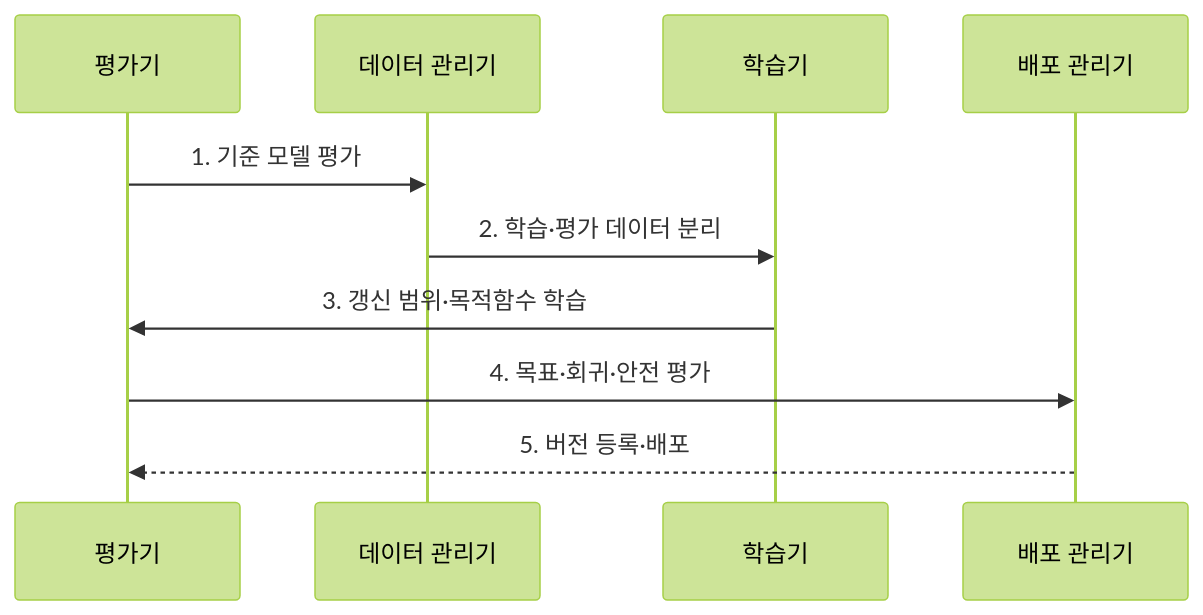
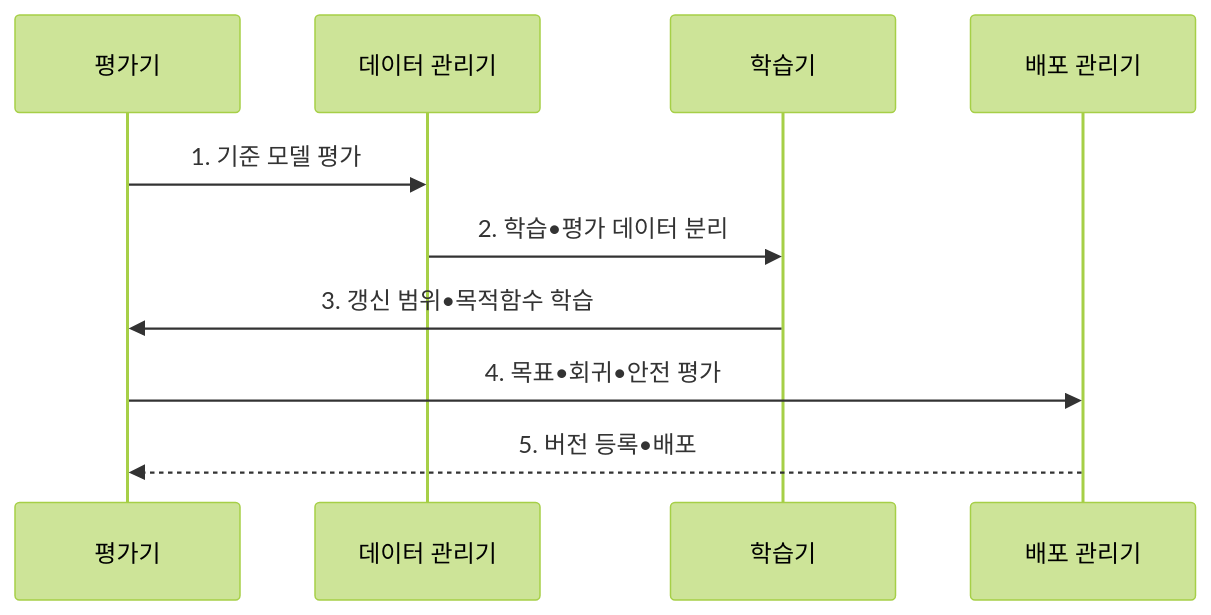
Before and after one commit to agnusdei1207/knowledge-base: the second of 2 diagrams in src/content/docs/notes/08-latest-tech/059_fine_tuning.md, drawn with Mermaid (forest theme). The commit also changed other lines of this file and 953 other files, not shown here.

````diff
--- a/src/content/docs/notes/08-latest-tech/059_fine_tuning.md
+++ b/src/content/docs/notes/08-latest-tech/059_fine_tuning.md
@@ -103,12 +103,12 @@
 ```mermaid
 sequenceDiagram
   participant E as 평가기
   participant D as 데이터 관리기
   participant T as 학습기
   participant R as 배포 관리기
   E->>D: 1. 기준 모델 평가
-  D->>T: 2. 학습·평가 데이터 분리
-  T->>E: 3. 갱신 범위·목적함수 학습
-  E->>R: 4. 목표·회귀·안전 평가
-  R-->>E: 5. 버전 등록·배포
+  D->>T: 2. 학습•평가 데이터 분리
+  T->>E: 3. 갱신 범위•목적함수 학습
+  E->>R: 4. 목표•회귀•안전 평가
+  R-->>E: 5. 버전 등록•배포
 ```
````
